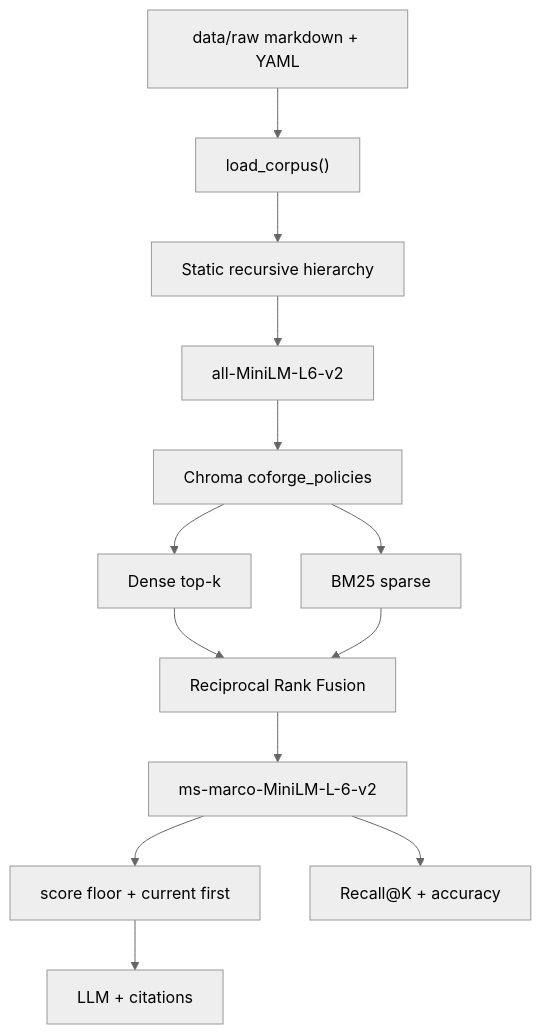
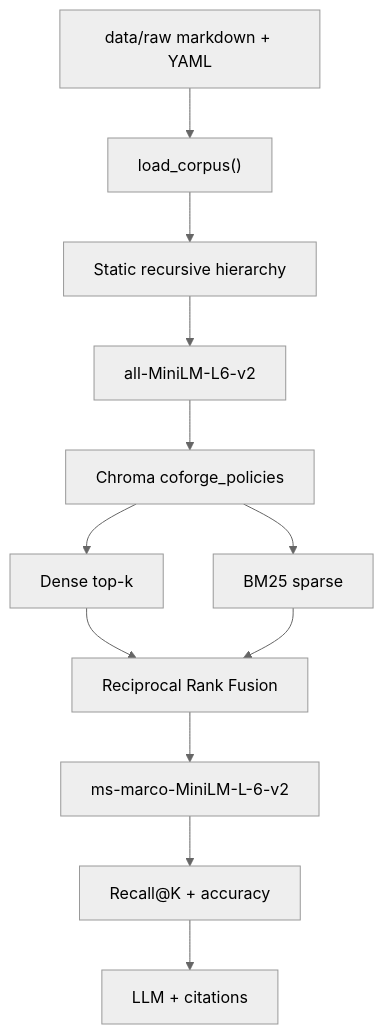
The diagram in docs/architecture.md (vidhikansara26/policy_ragbot), drawn with Mermaid (neutral theme) before and after one commit. The commit also changed other lines of this file and 12 other files, not shown here.

````diff
--- a/docs/architecture.md
+++ b/docs/architecture.md
@@ -256,23 +193,21 @@
 ```mermaid
 flowchart TD
   raw["data/raw markdown + YAML"]
   load["load_corpus()"]
   chunk["Static recursive hierarchy"]
   embed["all-MiniLM-L6-v2"]
   chroma["Chroma coforge_policies"]
   dense["Dense top-k"]
   bm25["BM25 sparse"]
   rrf["Reciprocal Rank Fusion"]
   rerank["ms-marco-MiniLM-L-6-v2"]
-  safety["score floor + current first"]
   gen["LLM + citations"]
   eval["Recall@K + accuracy"]
 
   raw --> load --> chunk --> embed --> chroma
   chroma --> dense
   chroma --> bm25
   dense --> rrf
   bm25 --> rrf
-  rrf --> rerank --> eval
-  rerank --> safety --> gen
+  rrf --> rerank --> eval --> gen
 ```
````
